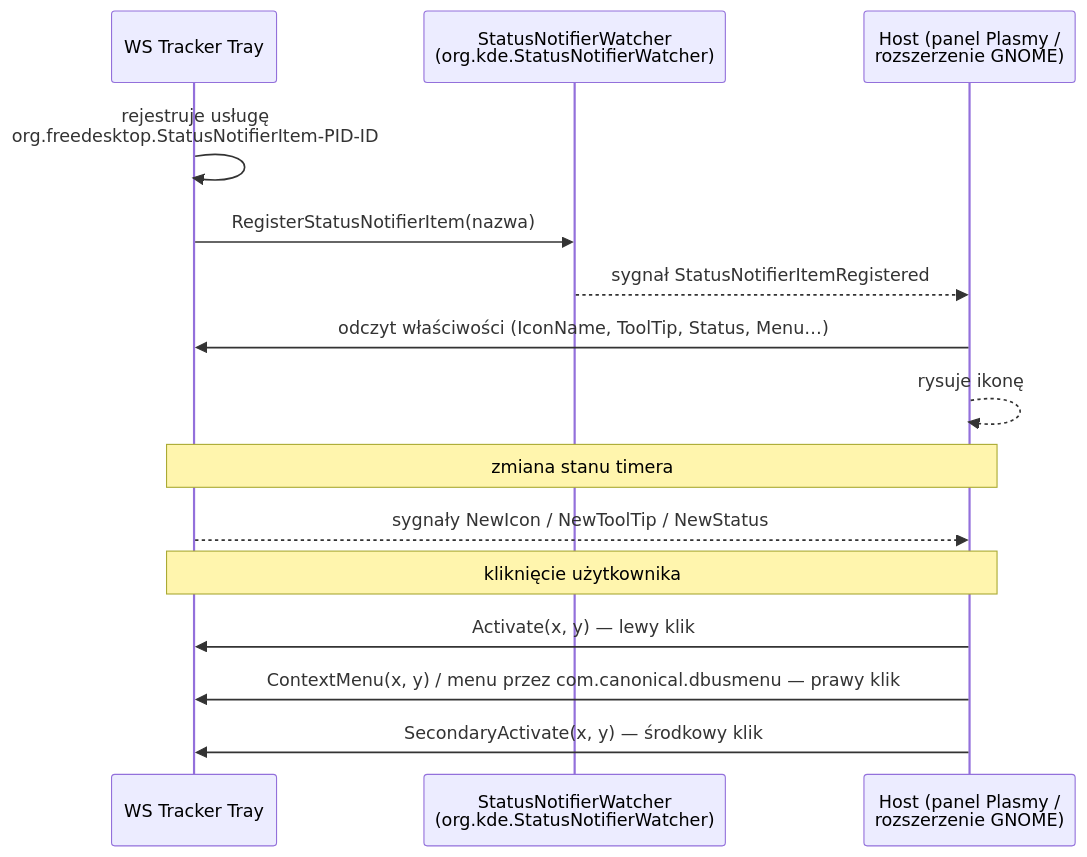
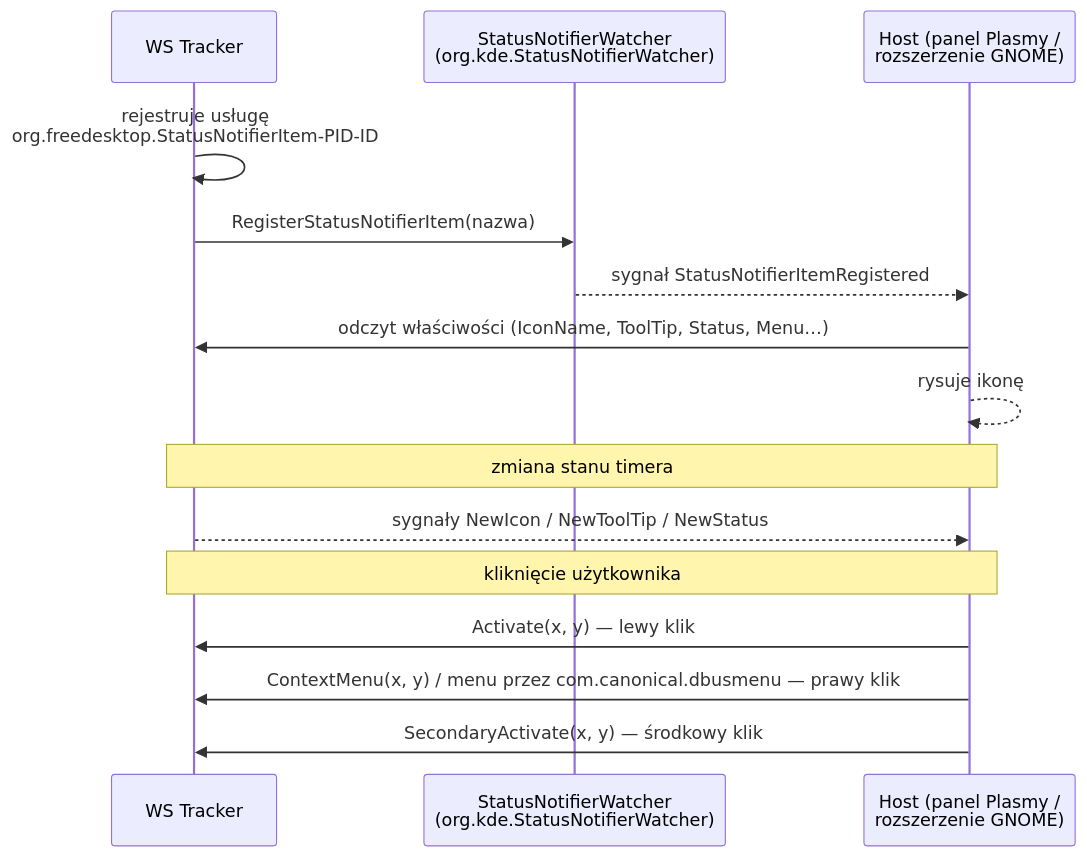
Before and after one commit to DragonKing026/DK-Tracker-Linux: the diagram in docs/integracje/statusnotifieritem.md, drawn with Mermaid. The commit also changed other lines of this file and 15 other files, not shown here.

````diff
--- a/docs/integracje/statusnotifieritem.md
+++ b/docs/integracje/statusnotifieritem.md
@@ -20,17 +20,17 @@
 ```mermaid
 sequenceDiagram
-    participant App as WS Tracker Tray
+    participant App as WS Tracker
     participant W as StatusNotifierWatcher<br/>(org.kde.StatusNotifierWatcher)
     participant H as Host (panel Plasmy /<br/>rozszerzenie GNOME)
     App->>App: rejestruje usługę<br/>org.freedesktop.StatusNotifierItem-PID-ID
     App->>W: RegisterStatusNotifierItem(nazwa)
     W-->>H: sygnał StatusNotifierItemRegistered
     H->>App: odczyt właściwości (IconName, ToolTip, Status, Menu…)
     H-->>H: rysuje ikonę
     Note over App,H: zmiana stanu timera
     App-->>H: sygnały NewIcon / NewToolTip / NewStatus
     Note over App,H: kliknięcie użytkownika
     H->>App: Activate(x, y) — lewy klik
     H->>App: ContextMenu(x, y) / menu przez com.canonical.dbusmenu — prawy klik
     H->>App: SecondaryActivate(x, y) — środkowy klik
 ```
````
